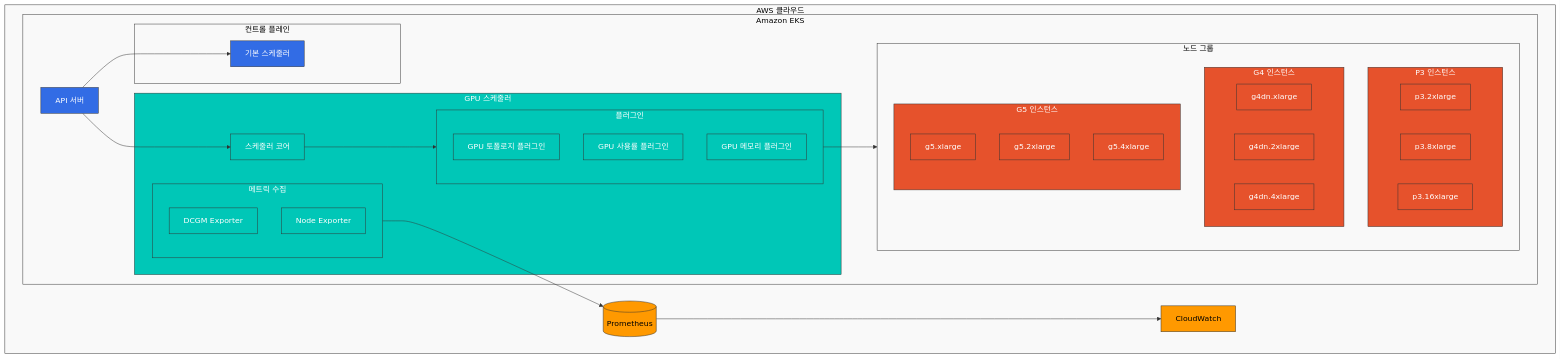
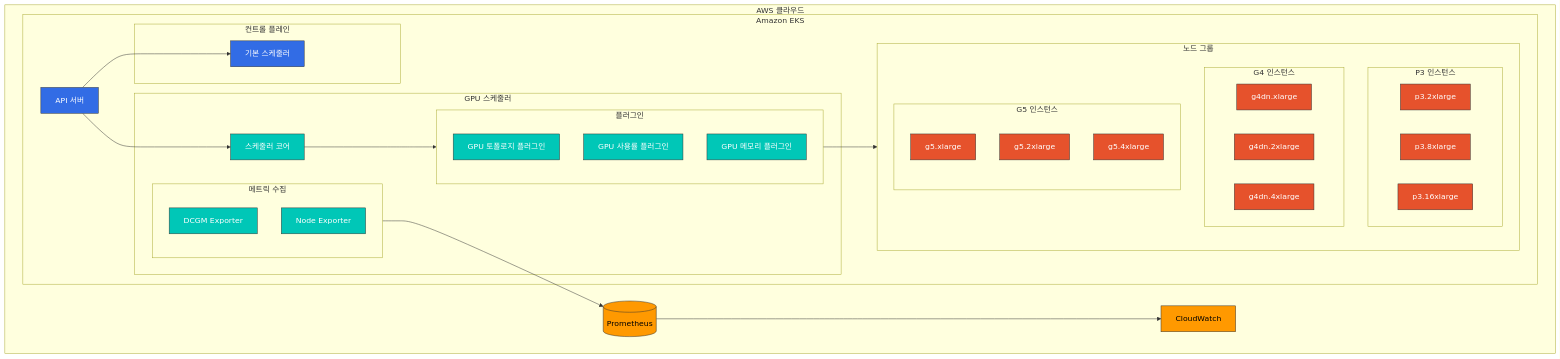
The first of 5 diagrams in advanced/02-custom-scheduler-part3.md (Atom-oh/kubernetes-docs), drawn with Mermaid before and after one commit. The commit also changed other lines of this file and 2 other files, not shown here.

Commit message:
Fix mermaid diagrams by removing style applications from subgraphs

````diff
--- a/advanced/02-custom-scheduler-part3.md
+++ b/advanced/02-custom-scheduler-part3.md
@@ -15,70 +15,68 @@
 ```mermaid
 flowchart TD
     subgraph AWS [AWS 클라우드]
         subgraph EKS [Amazon EKS]
             APIServer[API 서버]
             
             subgraph ControlPlane [컨트롤 플레인]
                 DefaultScheduler[기본 스케줄러]
             end
             
             subgraph GPUScheduler [GPU 스케줄러]
                 SchedulerCore[스케줄러 코어]
                 
                 subgraph Plugins [플러그인]
                     GPUTopologyPlugin[GPU 토폴로지 플러그인]
                     GPUUtilizationPlugin[GPU 사용률 플러그인]
                     GPUMemoryPlugin[GPU 메모리 플러그인]
                 end
                 
                 subgraph Metrics [메트릭 수집]
                     DCGMExporter[DCGM Exporter]
                     NodeExporter[Node Exporter]
                 end
             end
             
             subgraph NodeGroups [노드 그룹]
                 subgraph P3Instances [P3 인스턴스]
                     P3_2xl[p3.2xlarge]
                     P3_8xl[p3.8xlarge]
                     P3_16xl[p3.16xlarge]
                 end
                 
                 subgraph G4Instances [G4 인스턴스]
                     G4dn_xl[g4dn.xlarge]
                     G4dn_2xl[g4dn.2xlarge]
                     G4dn_4xl[g4dn.4xlarge]
                 end
                 
                 subgraph G5Instances [G5 인스턴스]
                     G5_xl[g5.xlarge]
                     G5_2xl[g5.2xlarge]
                     G5_4xl[g5.4xlarge]
                 end
             end
         end
         
         CloudWatch[CloudWatch]
         Prometheus[(Prometheus)]
     end
     
     APIServer --> DefaultScheduler
     APIServer --> SchedulerCore
     SchedulerCore --> Plugins
     
     Plugins --> NodeGroups
     Metrics --> Prometheus
     Prometheus --> CloudWatch
     
     classDef awsService fill:#FF9900,stroke:#333,stroke-width:1px,color:black;
     classDef k8sComponent fill:#326CE5,stroke:#333,stroke-width:1px,color:white;
     classDef gpuComponent fill:#00C7B7,stroke:#333,stroke-width:1px,color:white;
     classDef gpuNode fill:#E6522C,stroke:#333,stroke-width:1px,color:white;
-    classDef default fill:#f9f9f9,stroke:#333,stroke-width:1px,color:black;
     
     class CloudWatch,Prometheus awsService;
     class APIServer,DefaultScheduler k8sComponent;
-    class SchedulerCore,Plugins,GPUTopologyPlugin,GPUUtilizationPlugin,GPUMemoryPlugin,Metrics,DCGMExporter,NodeExporter,GPUScheduler gpuComponent;
-    class P3_2xl,P3_8xl,P3_16xl,G4dn_xl,G4dn_2xl,G4dn_4xl,G5_xl,G5_2xl,G5_4xl,P3Instances,G4Instances,G5Instances gpuNode;
-    class AWS,EKS,ControlPlane,NodeGroups default;
+    class SchedulerCore,GPUTopologyPlugin,GPUUtilizationPlugin,GPUMemoryPlugin,DCGMExporter,NodeExporter gpuComponent;
+    class P3_2xl,P3_8xl,P3_16xl,G4dn_xl,G4dn_2xl,G4dn_4xl,G5_xl,G5_2xl,G5_4xl gpuNode;
 ```
````
